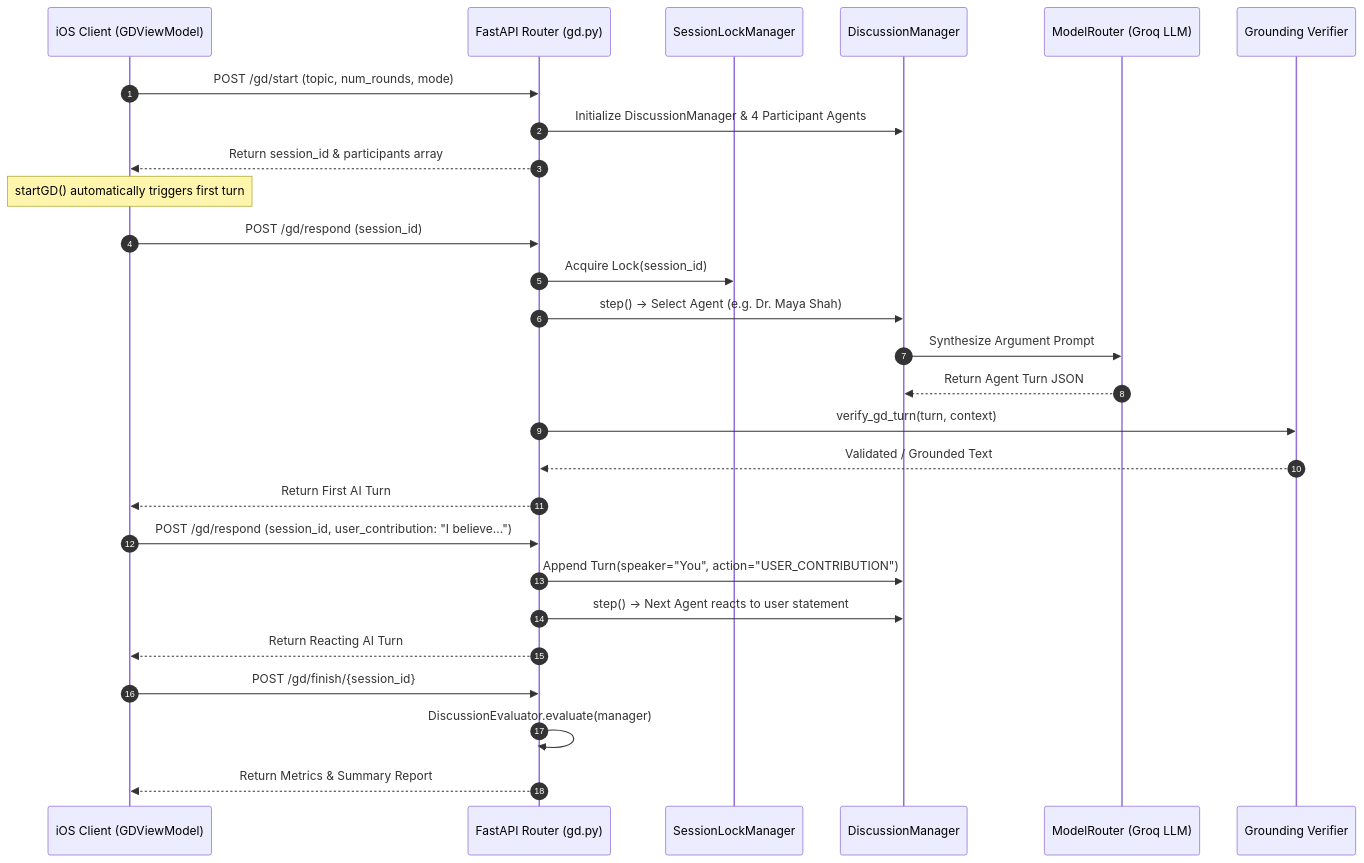
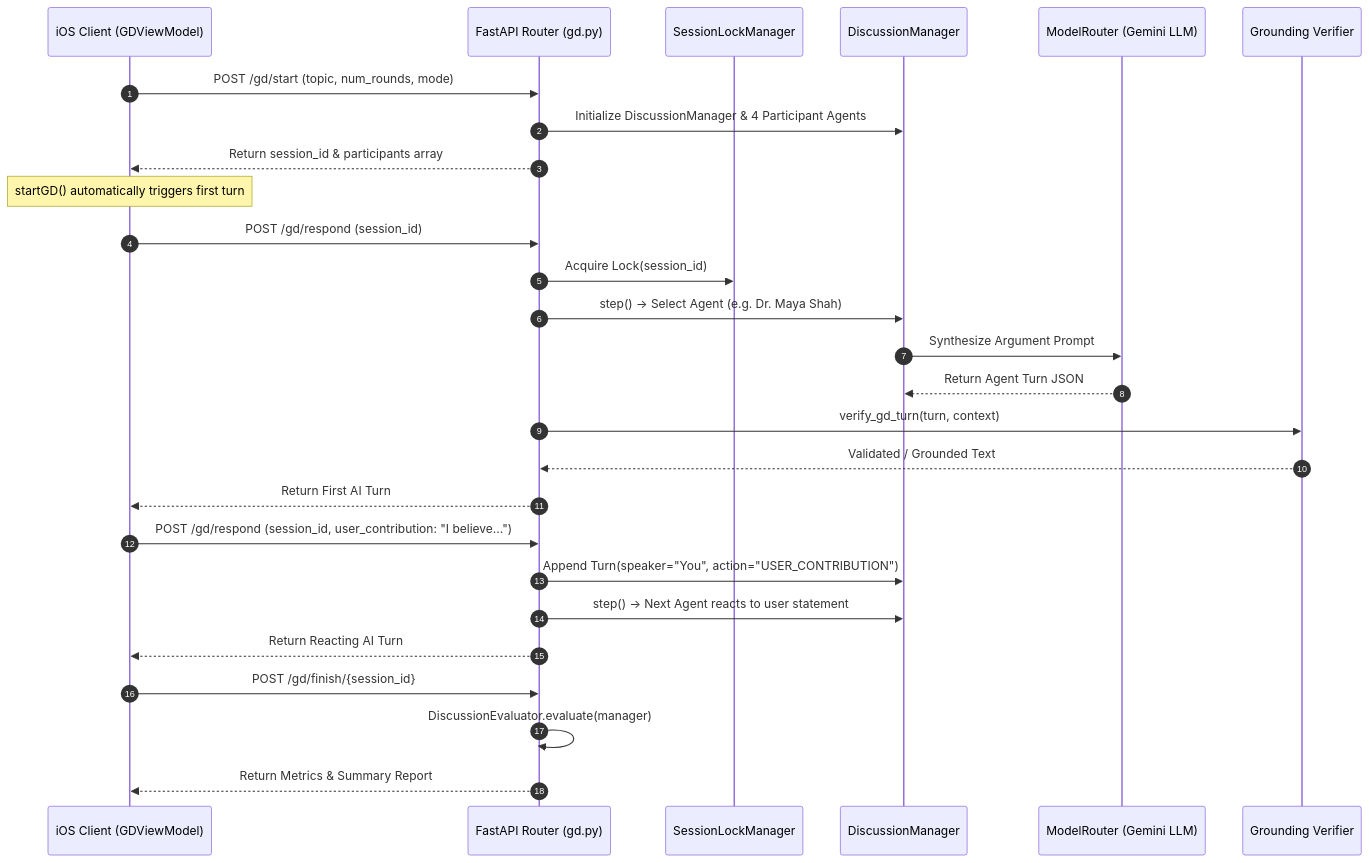
Before and after one commit to sunandanpuri0987/Mockexa: the third of 3 diagrams in MOCKEXA_CURRENT_PROJECT.md, drawn with Mermaid. The commit also changed other lines of this file and 210 other files, not shown here.

````diff
--- a/MOCKEXA_CURRENT_PROJECT.md
+++ b/MOCKEXA_CURRENT_PROJECT.md
@@ -205,33 +210,33 @@
 ```mermaid
 sequenceDiagram
     autonumber
     participant UI as iOS Client (GDViewModel)
     participant API as FastAPI Router (gd.py)
     participant Lock as SessionLockManager
     participant Mgr as DiscussionManager
-    participant Router as ModelRouter (Groq LLM)
+    participant Router as ModelRouter (Gemini LLM)
     participant Verifier as Grounding Verifier
 
     UI->>API: POST /gd/start (topic, num_rounds, mode)
     API->>Mgr: Initialize DiscussionManager & 4 Participant Agents
     API-->>UI: Return session_id & participants array
     
     note over UI: startGD() automatically triggers first turn
     UI->>API: POST /gd/respond (session_id)
     API->>Lock: Acquire Lock(session_id)
     API->>Mgr: step() -> Select Agent (e.g. Dr. Maya Shah)
     Mgr->>Router: Synthesize Argument Prompt
     Router-->>Mgr: Return Agent Turn JSON
     API->>Verifier: verify_gd_turn(turn, context)
     Verifier-->>API: Validated / Grounded Text
     API-->>UI: Return First AI Turn
     
     UI->>API: POST /gd/respond (session_id, user_contribution: "I believe...")
     API->>Mgr: Append Turn(speaker="You", action="USER_CONTRIBUTION")
     API->>Mgr: step() -> Next Agent reacts to user statement
     API-->>UI: Return Reacting AI Turn
     
     UI->>API: POST /gd/finish/{session_id}
     API->>API: DiscussionEvaluator.evaluate(manager)
     API-->>UI: Return Metrics & Summary Report
 ```
````
